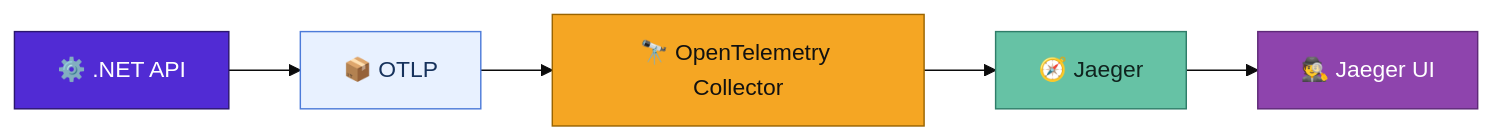
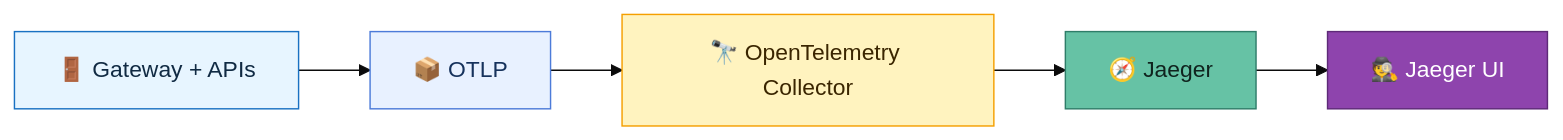
One commit to fnandop/aspire-apm-backends-pocs changed the fifth of 7 diagrams in README.md. Above: the diagram before and after it, drawn with Mermaid (base theme). The commit also changed other lines of this file and 54 other files, not shown here.

````diff
--- a/README.md
+++ b/README.md
@@ -88,18 +120,18 @@
 ```mermaid
 graph LR
-    A["⚙️ .NET API"] --> B["📦 OTLP"]
-    B --> C["🔭 OpenTelemetry Collector"]
-    C --> D["🧭 Jaeger"]
-    D --> E["🕵️ Jaeger UI"]
+    APP["🚪 Gateway + APIs"] --> OTLP["📦 OTLP"]
+    OTLP --> OC["🔭 OpenTelemetry Collector"]
+    OC --> JAEGER["🧭 Jaeger"]
+    JAEGER --> UI["🕵️ Jaeger UI"]
 
-    classDef app fill:#512BD4,stroke:#2b166f,color:#fff
+    classDef app fill:#E7F5FF,stroke:#1971C2,color:#102A43
     classDef protocol fill:#E8F1FF,stroke:#4C7BD9,color:#16325C
-    classDef collector fill:#F5A623,stroke:#9A6400,color:#111
+    classDef collector fill:#FFF3BF,stroke:#F59F00,color:#3A2500
     classDef jaeger fill:#66C2A5,stroke:#2F7D69,color:#10231E
     classDef ui fill:#8E44AD,stroke:#5E2A78,color:#fff
-    class A app
-    class B protocol
-    class C collector
-    class D jaeger
-    class E ui
+    class APP app
+    class OTLP protocol
+    class OC collector
+    class JAEGER jaeger
+    class UI ui
 ```
````
